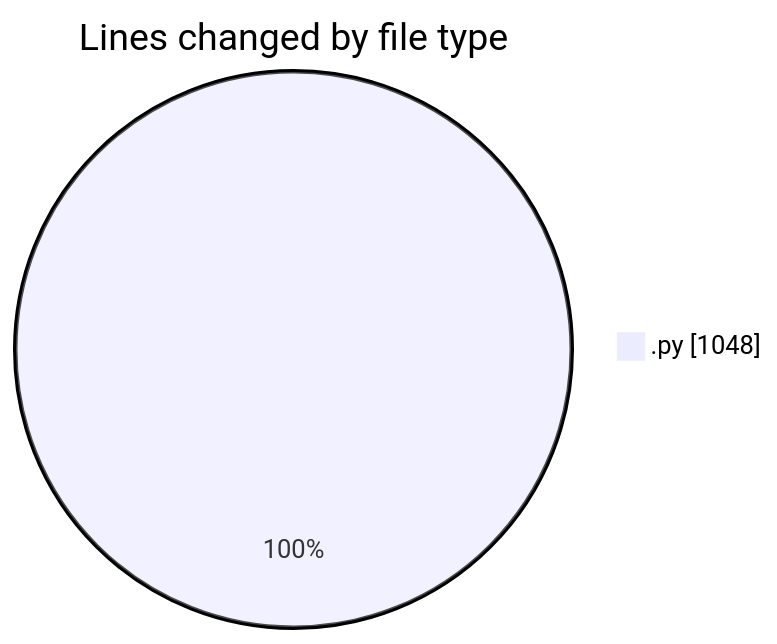
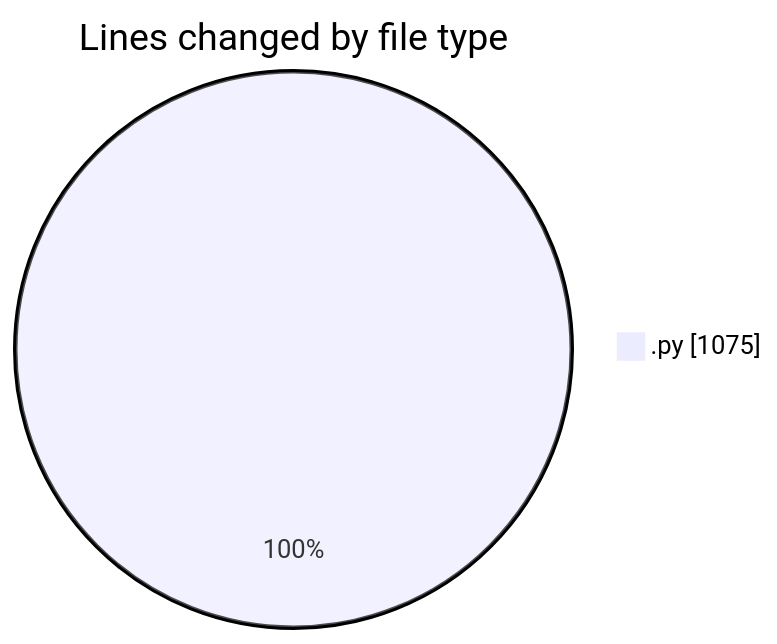
One commit to MatusMokan/code-tracking changed the first of 2 diagrams in 2025-04-19/myws__workspace_/README.md. Above: the diagram before and after it, drawn with Mermaid. The commit also changed other lines of this file and 1 other file, not shown here.

````diff
--- a/2025-04-19/myws__workspace_/README.md
+++ b/2025-04-19/myws__workspace_/README.md
@@ -22,5 +22,5 @@
 ```mermaid
 pie showData
 title Lines changed by file type
-".py" : 1048
+".py" : 1075
 ```
````
